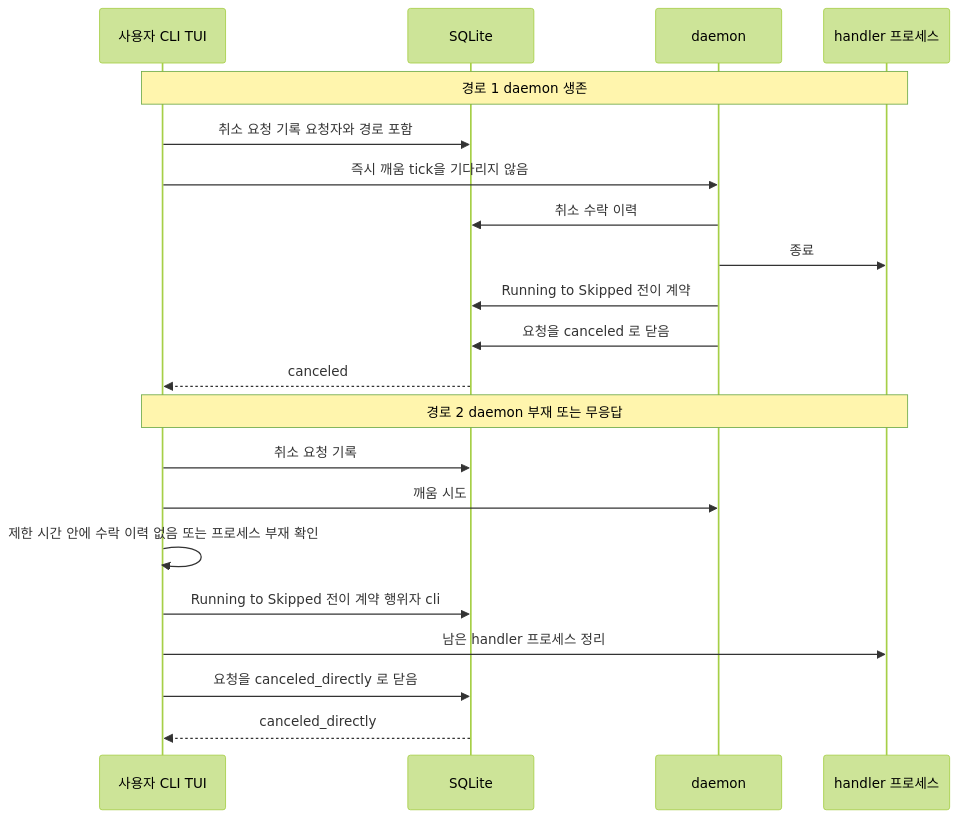
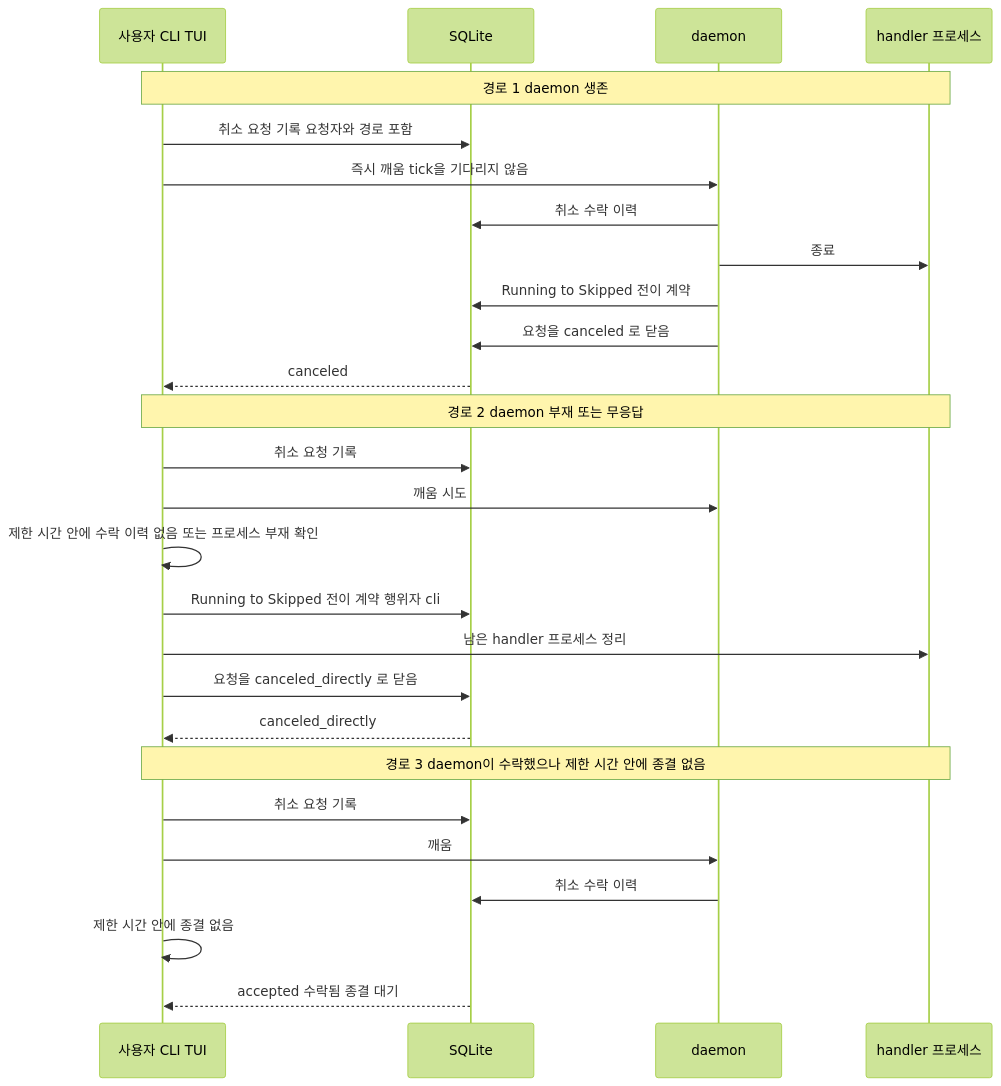
The sixth of 8 diagrams in spec/concerns/queue-state-machine.md (kys0213/belt), drawn with Mermaid (forest theme) before and after one commit. The commit also changed other lines of this file and 1 other file, not shown here.

````diff
--- a/spec/concerns/queue-state-machine.md
+++ b/spec/concerns/queue-state-machine.md
@@ -191,25 +223,32 @@
 ```mermaid
 sequenceDiagram
     participant U as 사용자 CLI TUI
     participant DB as SQLite
     participant D as daemon
     participant H as handler 프로세스
 
     Note over U,H: 경로 1 daemon 생존
     U->>DB: 취소 요청 기록 요청자와 경로 포함
     U->>D: 즉시 깨움 tick을 기다리지 않음
     D->>DB: 취소 수락 이력
     D->>H: 종료
     D->>DB: Running to Skipped 전이 계약
     D->>DB: 요청을 canceled 로 닫음
     DB-->>U: canceled
 
     Note over U,H: 경로 2 daemon 부재 또는 무응답
     U->>DB: 취소 요청 기록
     U->>D: 깨움 시도
     U->>U: 제한 시간 안에 수락 이력 없음 또는 프로세스 부재 확인
     U->>DB: Running to Skipped 전이 계약 행위자 cli
     U->>H: 남은 handler 프로세스 정리
     U->>DB: 요청을 canceled_directly 로 닫음
     DB-->>U: canceled_directly
+
+    Note over U,H: 경로 3 daemon이 수락했으나 제한 시간 안에 종결 없음
+    U->>DB: 취소 요청 기록
+    U->>D: 깨움
+    D->>DB: 취소 수락 이력
+    U->>U: 제한 시간 안에 종결 없음
+    DB-->>U: accepted 수락됨 종결 대기
 ```
````
